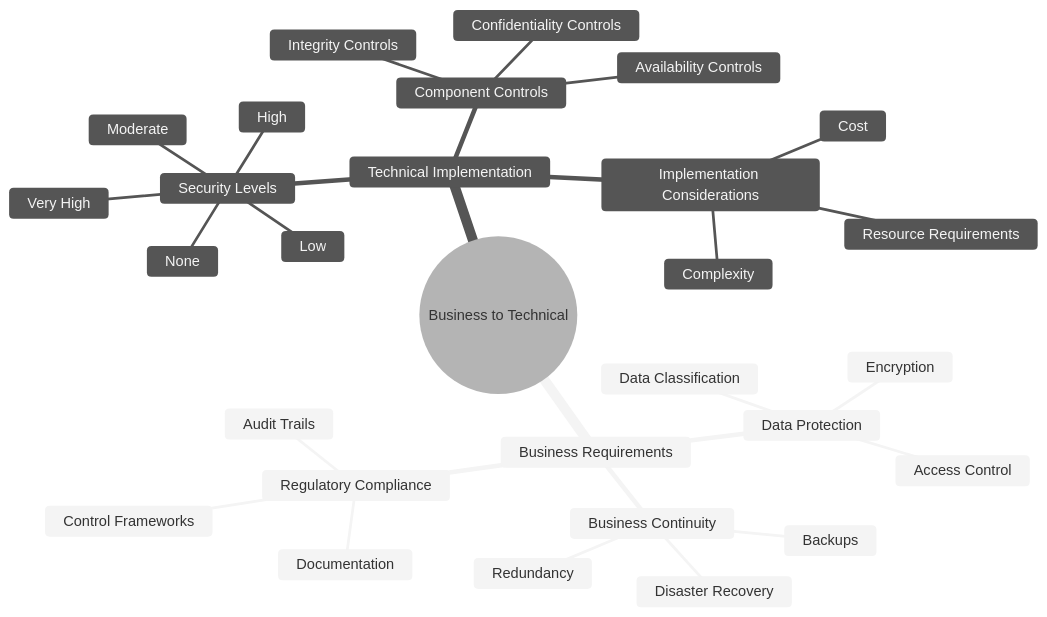
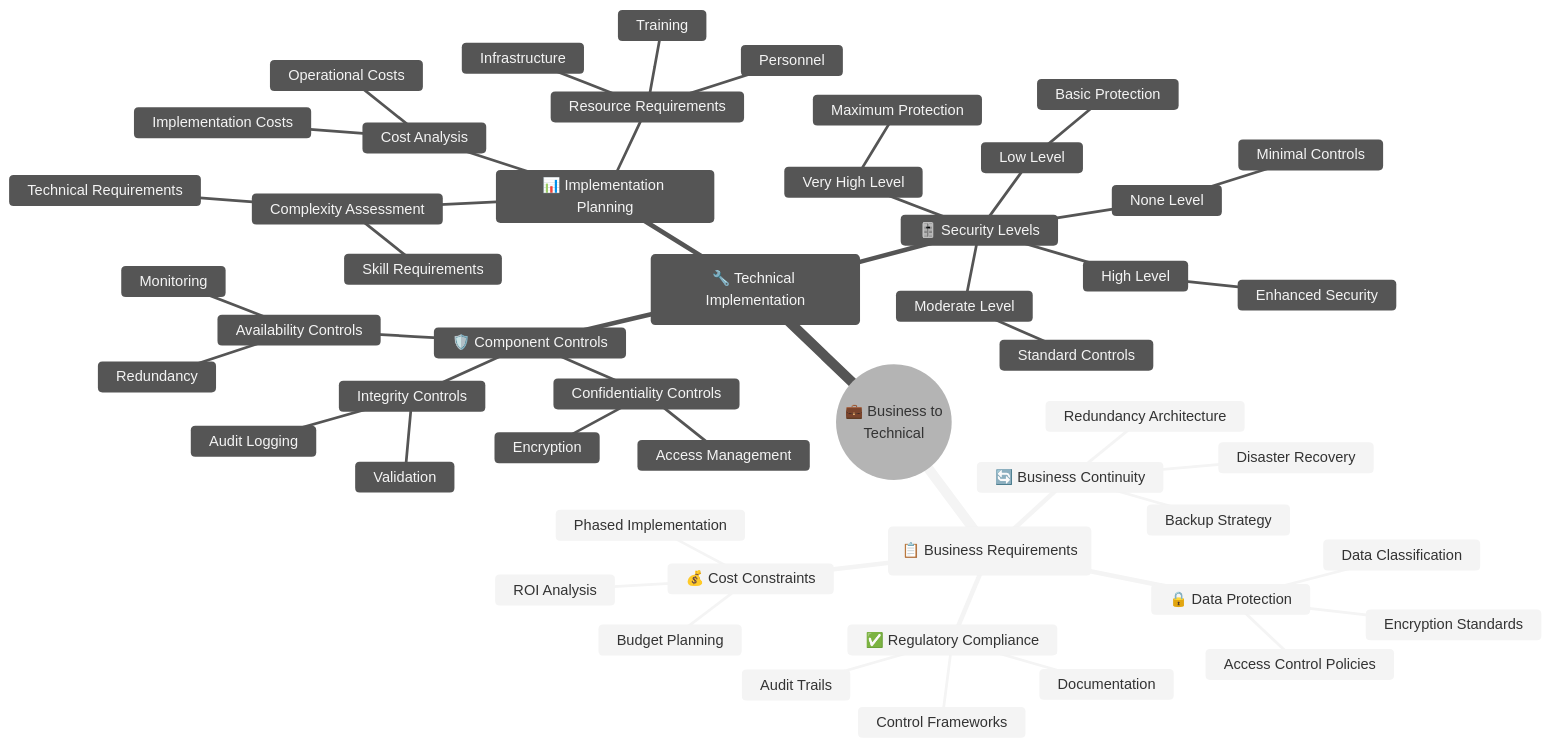
Before and after one commit to Hack23/cia-compliance-manager: the tenth of 13 diagrams in docs/architecture/MINDMAP.md, drawn with Mermaid (neutral theme). The commit also changed other lines of this file, not shown here.

First line of the commit message:
docs: update MINDMAP.md with v1.0 component relationships and architecture (#714)

````diff
--- a/docs/architecture/MINDMAP.md
+++ b/docs/architecture/MINDMAP.md
@@ -109,32 +835,54 @@
 ```mermaid
 mindmap
-  root((Business to Technical))
-    Business Requirements
-      Data Protection
-        Encryption
-        Access Control
+  root((💼 Business to<br/>Technical))
+    (📋 Business Requirements)
+      🔒 Data Protection
+        Encryption Standards
+        Access Control Policies
         Data Classification
-      Business Continuity
-        Redundancy
-        Backups
+      🔄 Business Continuity
+        Redundancy Architecture
+        Backup Strategy
         Disaster Recovery
-      Regulatory Compliance
+      ✅ Regulatory Compliance
         Control Frameworks
         Audit Trails
         Documentation
-    Technical Implementation
-      Security Levels
-        None
-        Low
-        Moderate
-        High
-        Very High
-      Component Controls
+      💰 Cost Constraints
+        Budget Planning
+        ROI Analysis
+        Phased Implementation
+    (🔧 Technical Implementation)
+      🎚️ Security Levels
+        None Level
+          Minimal Controls
+        Low Level
+          Basic Protection
+        Moderate Level
+          Standard Controls
+        High Level
+          Enhanced Security
+        Very High Level
+          Maximum Protection
+      🛡️ Component Controls
         Confidentiality Controls
+          Encryption
+          Access Management
         Integrity Controls
+          Validation
+          Audit Logging
         Availability Controls
-      Implementation Considerations
-        Cost
-        Complexity
+          Redundancy
+          Monitoring
+      📊 Implementation Planning
+        Cost Analysis
+          Implementation Costs
+          Operational Costs
+        Complexity Assessment
+          Technical Requirements
+          Skill Requirements
         Resource Requirements
+          Infrastructure
+          Personnel
+          Training
 ```
````
